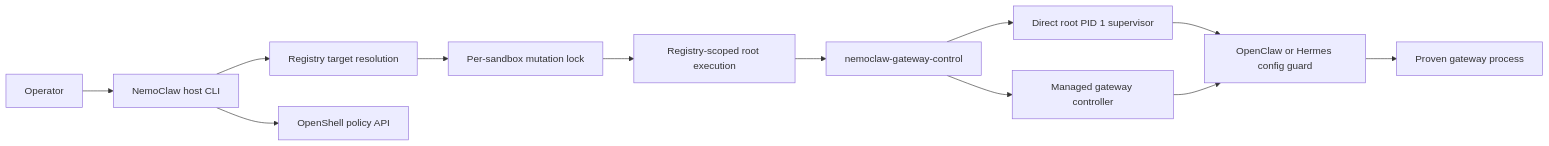
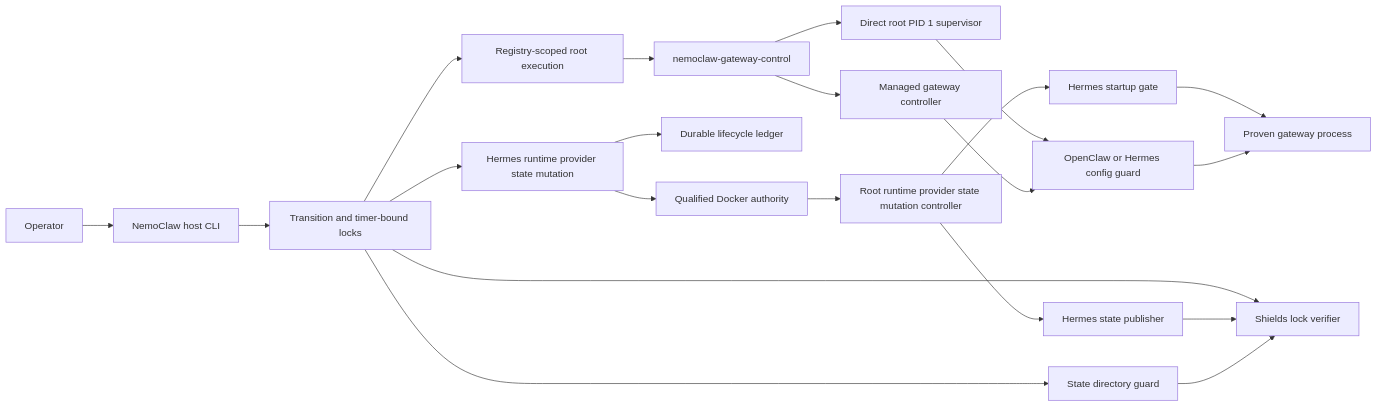
One commit to NVIDIA/NemoClaw changed the diagram in docs/security/tcb-boundary.mdx. Above: the diagram before and after it, drawn with Mermaid. The commit also changed other lines of this file and 1485 other files, not shown here.

````diff
--- a/docs/security/tcb-boundary.mdx
+++ b/docs/security/tcb-boundary.mdx
@@ -61,14 +78,23 @@
 ```mermaid
 flowchart LR
     Operator[Operator] --> CLI[NemoClaw host CLI]
-    CLI --> Registry[Registry target resolution]
-    Registry --> Lock[Per-sandbox mutation lock]
-    Lock --> RootExec[Registry-scoped root execution]
+    CLI --> HostLock[Transition and timer-bound locks]
+    HostLock --> RootExec[Registry-scoped root execution]
     RootExec --> Control[nemoclaw-gateway-control]
     Control --> Direct[Direct root PID 1 supervisor]
     Control --> Managed[Managed gateway controller]
     Direct --> Config[OpenClaw or Hermes config guard]
     Managed --> Config
+    HostLock --> State[State directory guard]
+    HostLock --> Verify[Shields lock verifier]
+    HostLock --> Mutation[Hermes runtime provider state mutation]
+    Mutation --> Ledger[Durable lifecycle ledger]
+    Mutation --> DockerAuthority[Qualified Docker authority]
+    DockerAuthority --> ProviderControl[Root runtime provider state mutation controller]
+    ProviderControl --> Publisher[Hermes state publisher]
+    ProviderControl --> StartupGate[Hermes startup gate]
+    Publisher --> Verify
+    StartupGate --> Gateway
     Config --> Gateway[Proven gateway process]
-    CLI --> Policy[OpenShell policy API]
+    State --> Verify
 ```
````
